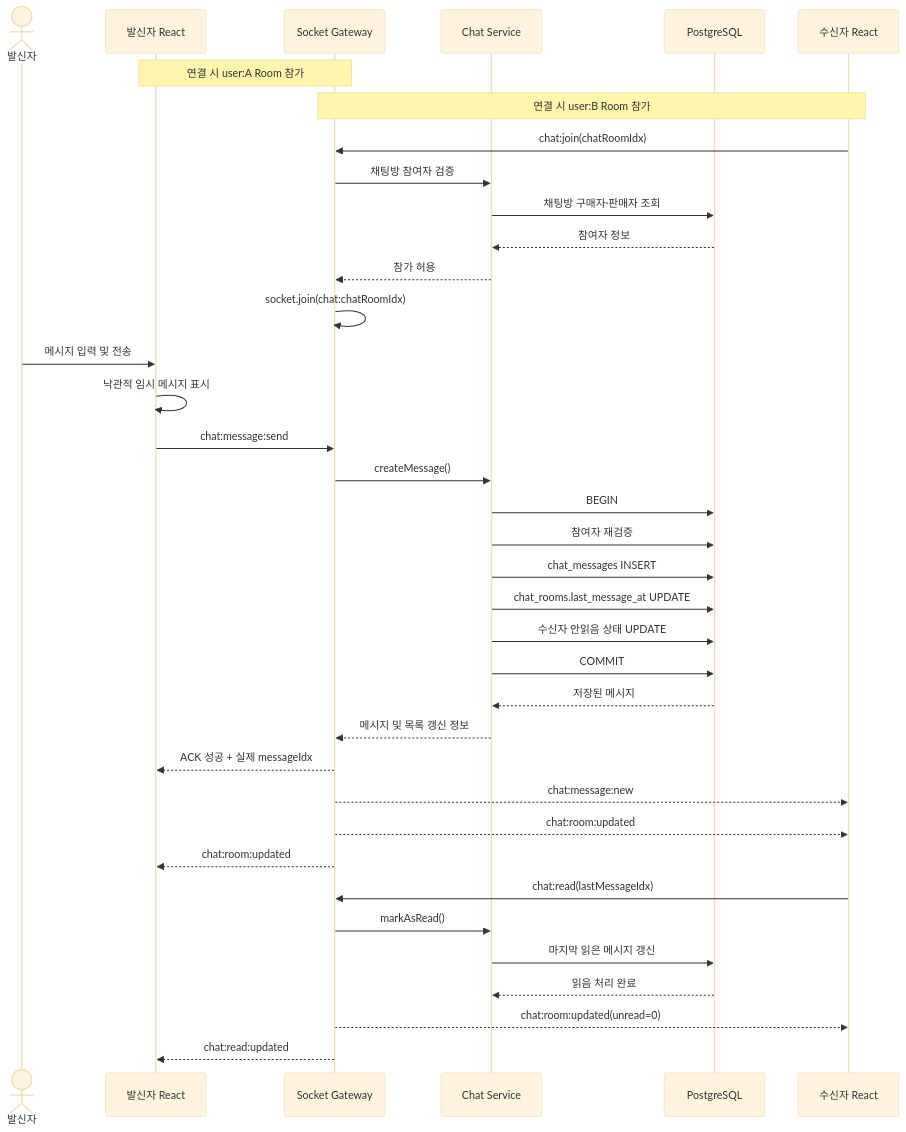
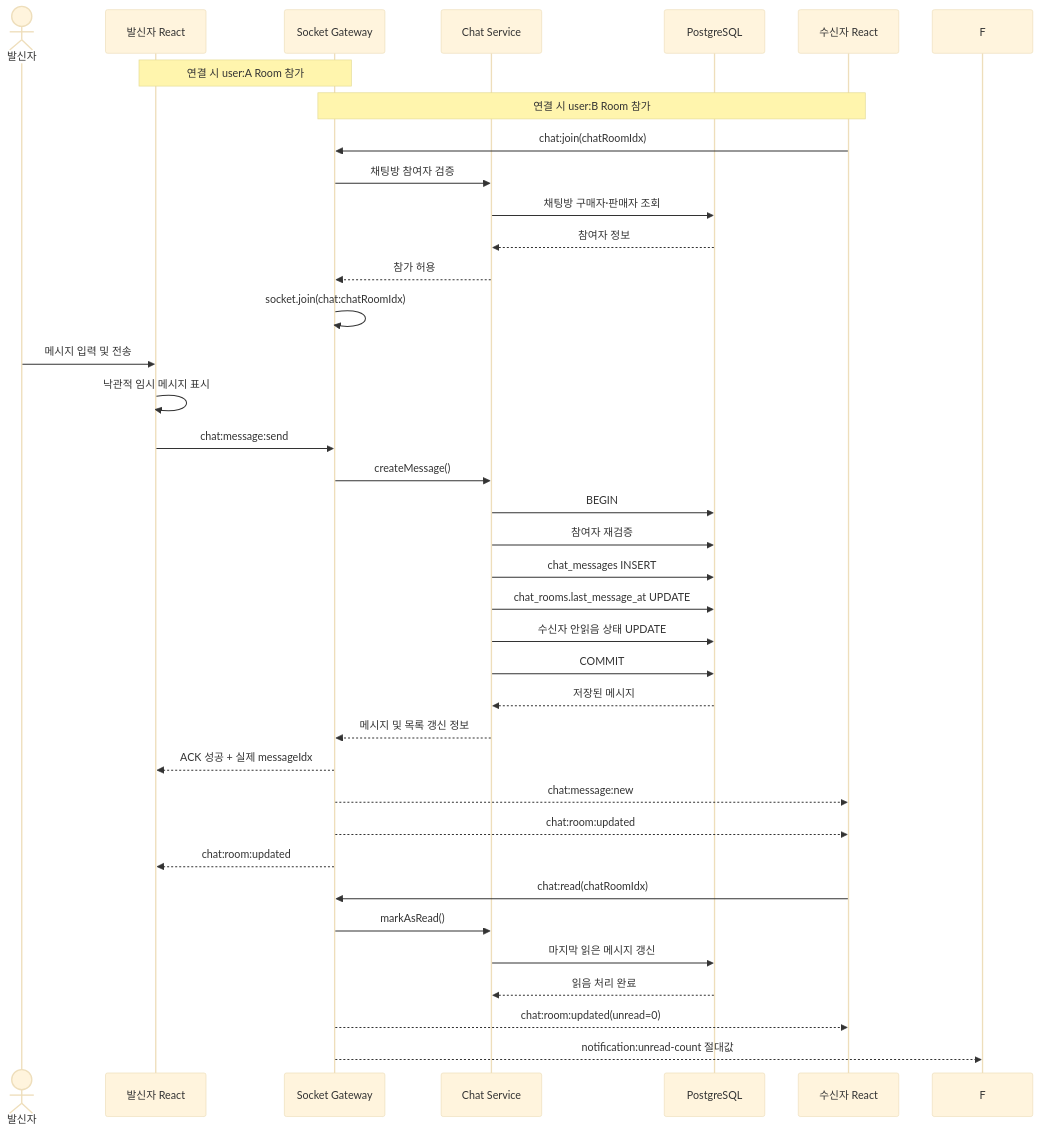
The diagram in docs/Potato-Land-Docs/04. 다이어그램/E-02 채팅 전체 시퀀스.md (hurwan0629/potato-land), drawn with Mermaid (base theme) before and after one commit. The commit also changed 44 other files, not shown here.

````diff
--- a/docs/Potato-Land-Docs/04. 다이어그램/E-02 채팅 전체 시퀀스.md
+++ b/docs/Potato-Land-Docs/04. 다이어그램/E-02 채팅 전체 시퀀스.md
@@ -1,45 +1,45 @@
 ```mermaid
 sequenceDiagram
     actor A as 발신자
     participant FA as 발신자 React
     participant S as Socket Gateway
     participant C as Chat Service
     participant DB as PostgreSQL
     participant FB as 수신자 React
 
     Note over FA,S: 연결 시 user:A Room 참가
     Note over FB,S: 연결 시 user:B Room 참가
 
     FB->>S: chat:join(chatRoomIdx)
     S->>C: 채팅방 참여자 검증
     C->>DB: 채팅방 구매자·판매자 조회
     DB-->>C: 참여자 정보
     C-->>S: 참가 허용
     S->>S: socket.join(chat:chatRoomIdx)
 
     A->>FA: 메시지 입력 및 전송
     FA->>FA: 낙관적 임시 메시지 표시
     FA->>S: chat:message:send
     S->>C: createMessage()
 
     C->>DB: BEGIN
     C->>DB: 참여자 재검증
     C->>DB: chat_messages INSERT
     C->>DB: chat_rooms.last_message_at UPDATE
     C->>DB: 수신자 안읽음 상태 UPDATE
     C->>DB: COMMIT
     DB-->>C: 저장된 메시지
 
     C-->>S: 메시지 및 목록 갱신 정보
     S-->>FA: ACK 성공 + 실제 messageIdx
     S-->>FB: chat:message:new
     S-->>FB: chat:room:updated
     S-->>FA: chat:room:updated
 
-    FB->>S: chat:read(lastMessageIdx)
+    FB->>S: chat:read(chatRoomIdx)
     S->>C: markAsRead()
     C->>DB: 마지막 읽은 메시지 갱신
     DB-->>C: 읽음 처리 완료
     S-->>FB: chat:room:updated(unread=0)
-    S-->>FA: chat:read:updated
+    S-->>F: notification:unread-count 절대값
 ```
````
